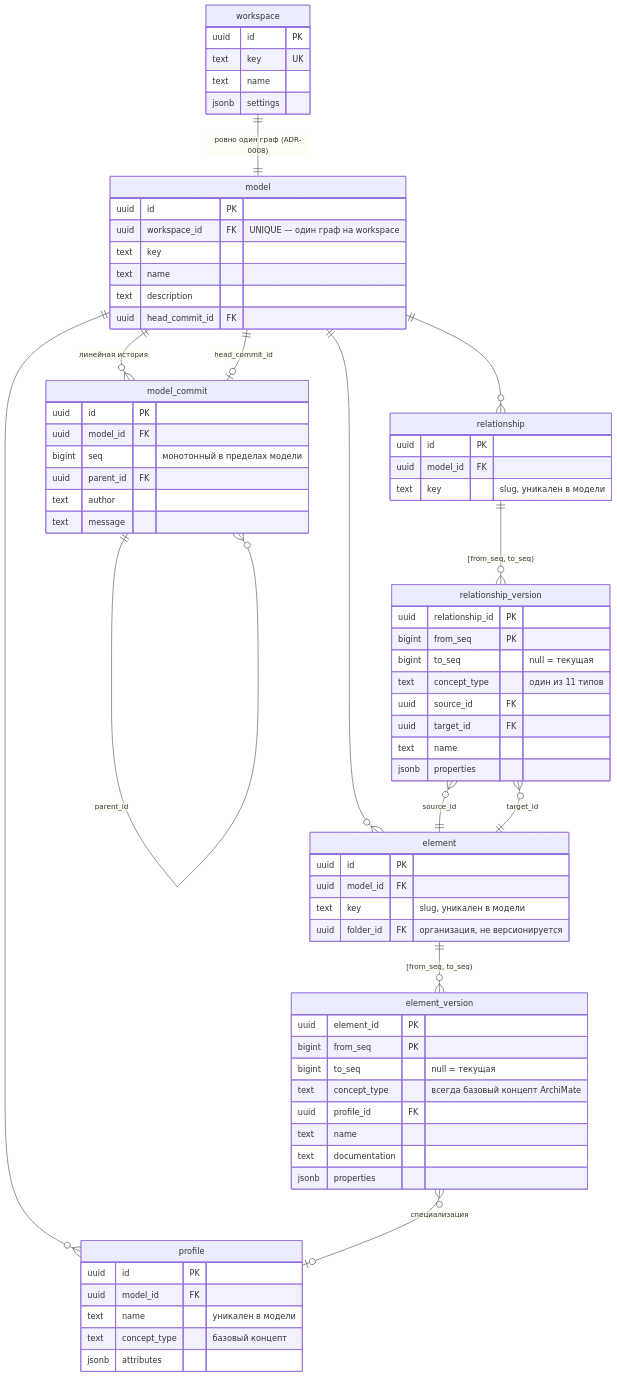
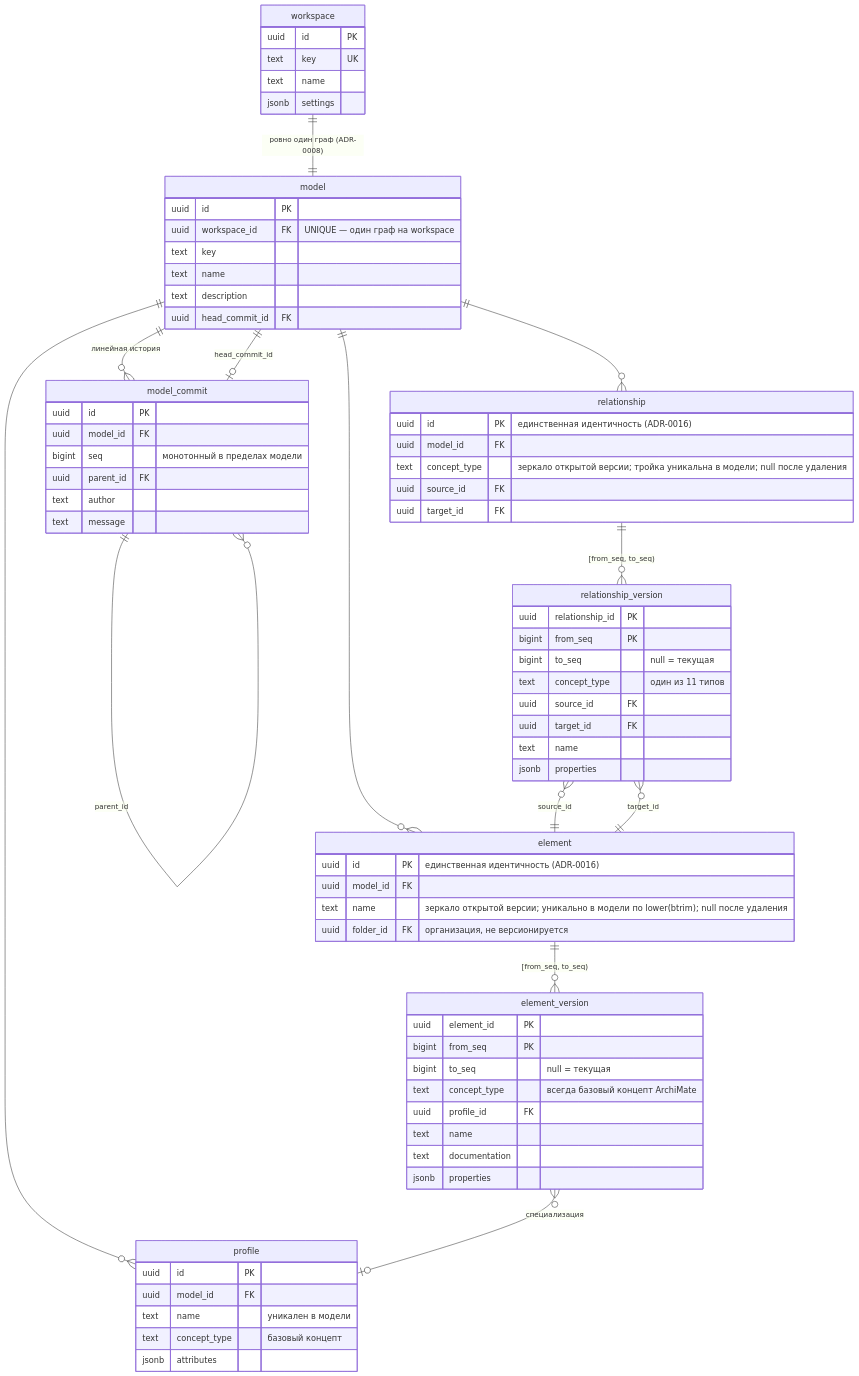
The first of 2 diagrams in docs/07-database-schema.md (SergiusAC/archgrid), drawn with Mermaid before and after one commit. The commit also changed other lines of this file and 51 other files, not shown here.

````diff
--- a/docs/07-database-schema.md
+++ b/docs/07-database-schema.md
@@ -16,77 +16,79 @@
 ```mermaid
 erDiagram
     workspace ||--|| model : "ровно один граф (ADR-0008)"
     model ||--o{ model_commit : "линейная история"
     model ||--o| model_commit : "head_commit_id"
     model_commit ||--o{ model_commit : "parent_id"
     model ||--o{ element : ""
     model ||--o{ relationship : ""
     model ||--o{ profile : ""
 
     element ||--o{ element_version : "[from_seq, to_seq)"
     relationship ||--o{ relationship_version : "[from_seq, to_seq)"
     element_version }o--o| profile : "специализация"
     relationship_version }o--|| element : "source_id"
     relationship_version }o--|| element : "target_id"
 
     workspace {
         uuid id PK
         text key UK
         text name
         jsonb settings
     }
     model {
         uuid id PK
         uuid workspace_id FK "UNIQUE — один граф на workspace"
         text key
         text name
         text description
         uuid head_commit_id FK
     }
     model_commit {
         uuid id PK
         uuid model_id FK
         bigint seq "монотонный в пределах модели"
         uuid parent_id FK
         text author
         text message
     }
     element {
-        uuid id PK
+        uuid id PK "единственная идентичность (ADR-0016)"
         uuid model_id FK
-        text key "slug, уникален в модели"
+        text name "зеркало открытой версии; уникально в модели по lower(btrim); null после удаления"
         uuid folder_id FK "организация, не версионируется"
     }
     element_version {
         uuid element_id PK
         bigint from_seq PK
         bigint to_seq "null = текущая"
         text concept_type "всегда базовый концепт ArchiMate"
         uuid profile_id FK
         text name
         text documentation
         jsonb properties
     }
     relationship {
-        uuid id PK
+        uuid id PK "единственная идентичность (ADR-0016)"
         uuid model_id FK
-        text key "slug, уникален в модели"
+        text concept_type "зеркало открытой версии; тройка уникальна в модели; null после удаления"
+        uuid source_id FK
+        uuid target_id FK
     }
     relationship_version {
         uuid relationship_id PK
         bigint from_seq PK
         bigint to_seq "null = текущая"
         text concept_type "один из 11 типов"
         uuid source_id FK
         uuid target_id FK
         text name
         jsonb properties
     }
     profile {
         uuid id PK
         uuid model_id FK
         text name "уникален в модели"
         text concept_type "базовый концепт"
         jsonb attributes
     }
 ```
````
